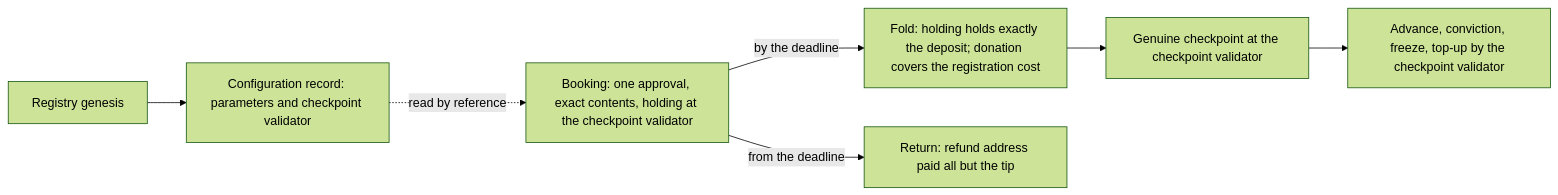
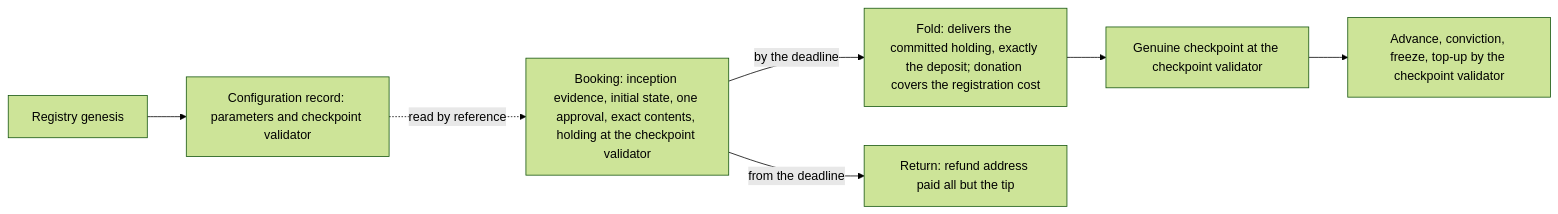
The second of 4 diagrams in docs/design/registry-as-mpfs.md (lambdasistemi/cardano-keri), drawn with Mermaid (forest theme) before and after one commit. The commit also changed other lines of this file and 15 other files, not shown here.

````diff
--- a/docs/design/registry-as-mpfs.md
+++ b/docs/design/registry-as-mpfs.md
@@ -237,9 +260,9 @@
 ```mermaid
 flowchart LR
   Genesis[Registry genesis] --> Record[Configuration record: parameters and checkpoint validator]
-  Record -. read by reference .-> Book[Booking: one approval, exact contents, holding at the checkpoint validator]
-  Book -->|by the deadline| Fold[Fold: holding holds exactly the deposit; donation covers the registration cost]
+  Record -. read by reference .-> Book[Booking: inception evidence, initial state, one approval, exact contents, holding at the checkpoint validator]
+  Book -->|by the deadline| Fold[Fold: delivers the committed holding, exactly the deposit; donation covers the registration cost]
   Book -->|from the deadline| Return[Return: refund address paid all but the tip]
   Fold --> Checkpoint[Genuine checkpoint at the checkpoint validator]
   Checkpoint --> Lifecycle[Advance, conviction, freeze, top-up by the checkpoint validator]
 ```
````
